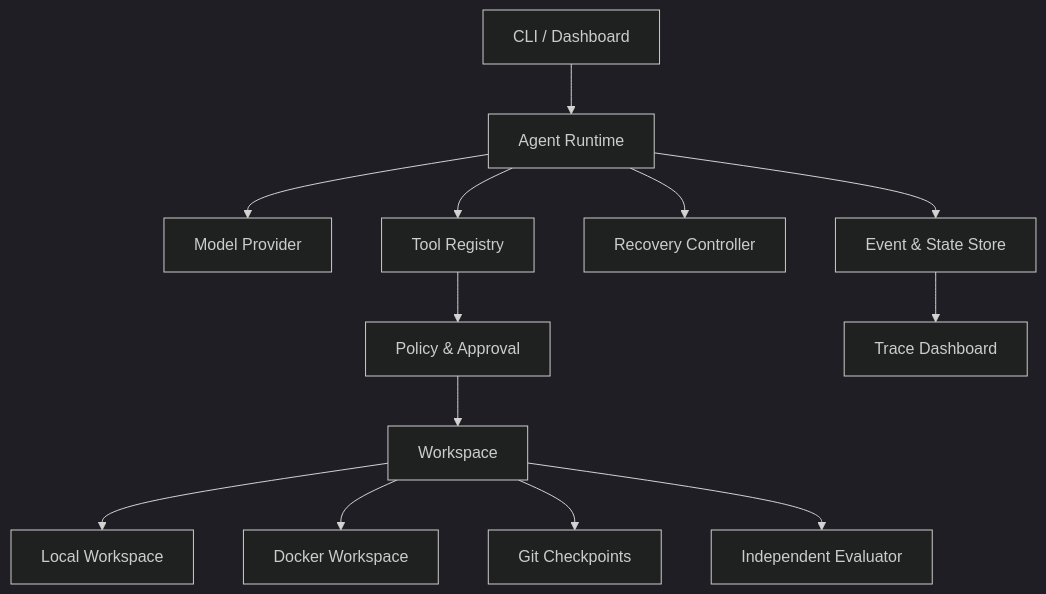
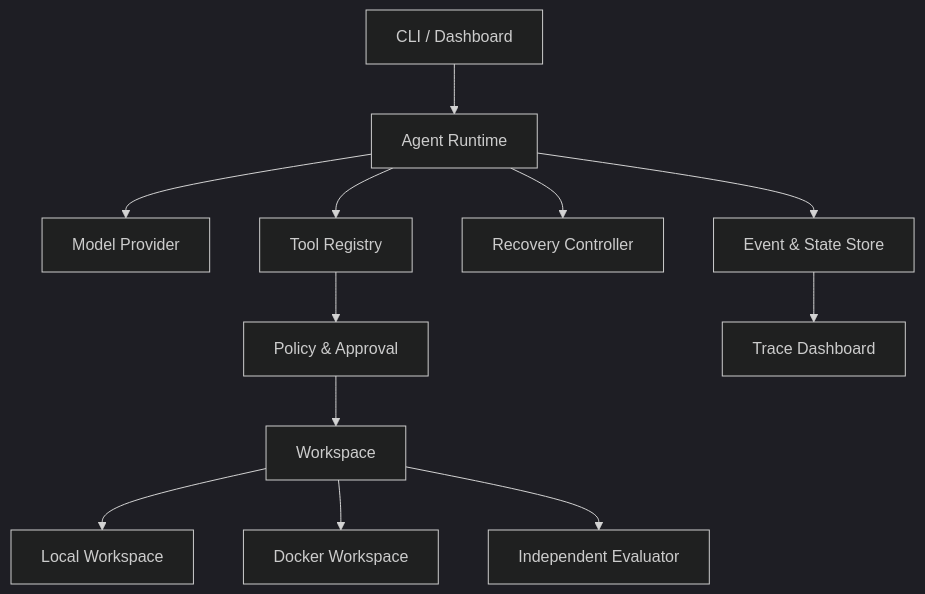
One commit to Octy-Sui/miniAgent changed the diagram in docs/blueprint.md. Above: the diagram before and after it, drawn with Mermaid (dark theme). The commit also changed other lines of this file, not shown here.

Commit message:
docs: align roadmap with tool and workspace recovery scope

````diff
--- a/docs/blueprint.md
+++ b/docs/blueprint.md
@@ -55,15 +57,14 @@
 ```mermaid
 flowchart TD
     CLI["CLI / Dashboard"] --> Runtime["Agent Runtime"]
     Runtime --> Provider["Model Provider"]
     Runtime --> Registry["Tool Registry"]
     Registry --> Policy["Policy & Approval"]
     Policy --> Workspace["Workspace"]
     Workspace --> Local["Local Workspace"]
     Workspace --> Docker["Docker Workspace"]
     Runtime --> Recovery["Recovery Controller"]
     Runtime --> Store["Event & State Store"]
-    Workspace --> Git["Git Checkpoints"]
     Workspace --> Evaluator["Independent Evaluator"]
     Store --> Dashboard["Trace Dashboard"]
 ```
````
